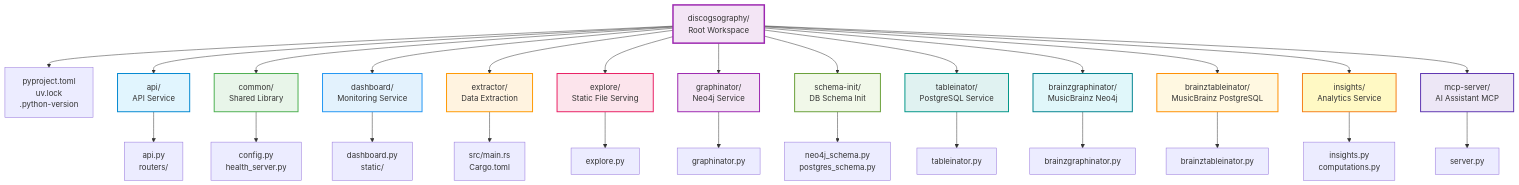
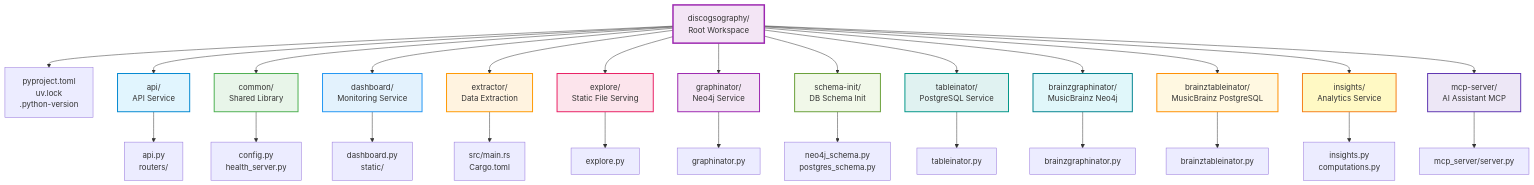
One commit to SimplicityGuy/discogsography changed the diagram in docs/monorepo-guide.md. Above: the diagram before and after it, drawn with Mermaid. The commit also changed other lines of this file and 40 other files, not shown here.

First line of the commit message:
docs: doc review & cleanup epic — accuracy pass, retire graphify, AGF workflow (#414)

```diff
--- a/docs/monorepo-guide.md
+++ b/docs/monorepo-guide.md
@@ -49,7 +49,7 @@
     InsightsFiles[insights.py<br/>computations.py]
 
     MCPServer[mcp-server/<br/>AI Assistant MCP]
-    MCPFiles[server.py]
+    MCPFiles[mcp_server/server.py]
 
     Root --> RootFiles
     Root --> API
```
